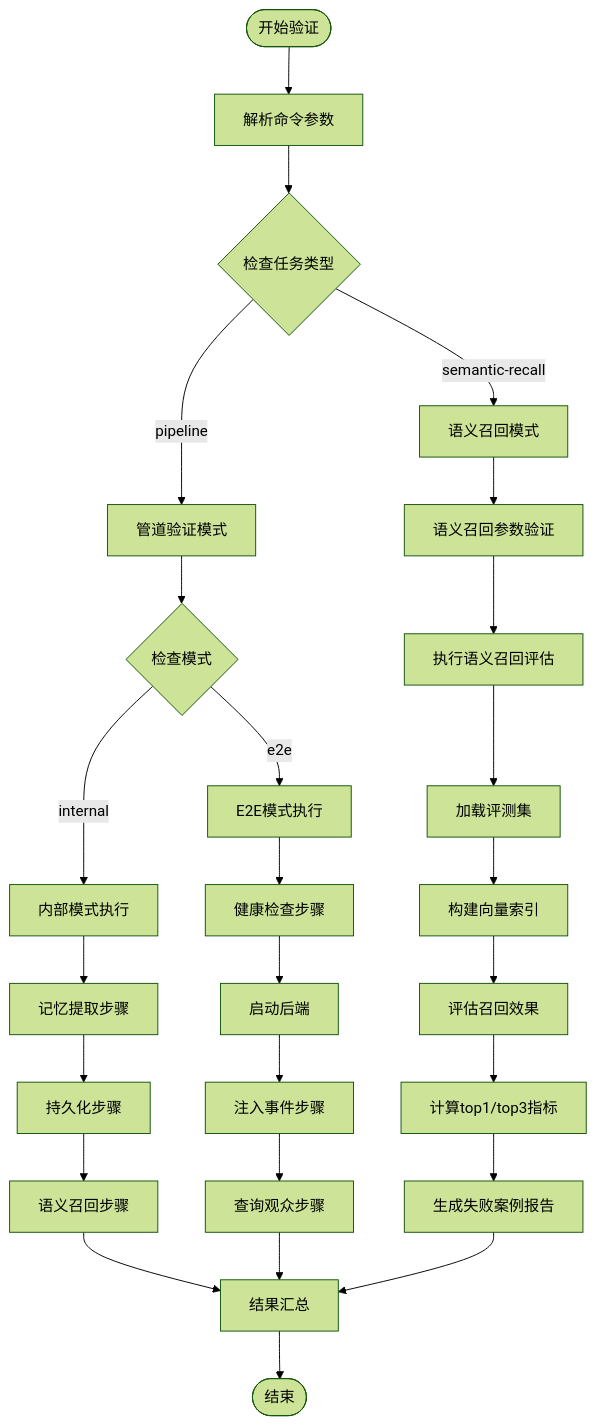
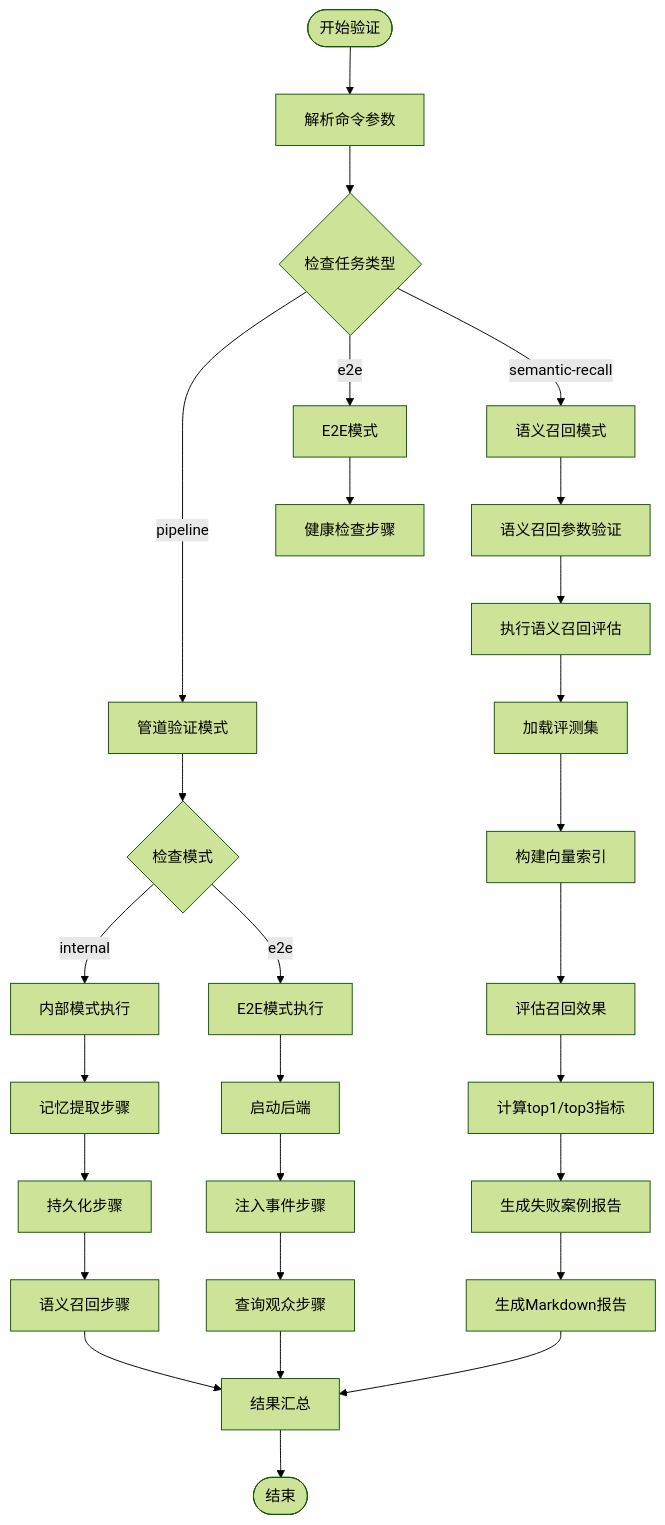
Before and after one commit to Moon-Force/DouYin_llm: the third of 10 diagrams in .qoder/repowiki/zh/content/后端服务/内存管理系统/内存管道验证器/内存管道验证器.md, drawn with Mermaid (forest theme). The commit also changed other lines of this file and 35 other files, not shown here.

````diff
--- a/.qoder/repowiki/zh/content/后端服务/内存管理系统/内存管道验证器/内存管道验证器.md
+++ b/.qoder/repowiki/zh/content/后端服务/内存管理系统/内存管道验证器/内存管道验证器.md
@@ -203,28 +211,30 @@
 ```mermaid
 flowchart TD
 Start([开始验证]) --> ParseArgs[解析命令参数]
 ParseArgs --> NormalizeTask{检查任务类型}
 NormalizeTask --> |pipeline| PipelineMode[管道验证模式]
 NormalizeTask --> |semantic-recall| SemanticMode[语义召回模式]
+NormalizeTask --> |e2e| E2EMode[E2E模式]
 PipelineMode --> InternalMode{检查模式}
 SemanticMode --> SemanticValidation[语义召回参数验证]
+E2EMode --> HealthCheck[健康检查步骤]
 SemanticValidation --> SemanticExec[执行语义召回评估]
 InternalMode --> |internal| InternalExec[内部模式执行]
 InternalMode --> |e2e| E2EExec[E2E模式执行]
 InternalExec --> ExtractStep[记忆提取步骤]
-E2EExec --> HealthCheck[健康检查步骤]
+E2EExec --> BootBackend[启动后端]
 ExtractStep --> PersistStep[持久化步骤]
-HealthCheck --> BootBackend[启动后端]
+BootBackend --> InjectEvent[注入事件步骤]
 PersistStep --> RecallStep[语义召回步骤]
-BootBackend --> InjectEvent[注入事件步骤]
+InjectEvent --> QueryViewer[查询观众步骤]
 RecallStep --> Summary[结果汇总]
-InjectEvent --> QueryViewer[查询观众步骤]
 QueryViewer --> Summary
 SemanticExec --> DatasetLoad[加载评测集]
 DatasetLoad --> IndexMemories[构建向量索引]
 IndexMemories --> EvaluateRecall[评估召回效果]
 EvaluateRecall --> MetricsCalc[计算top1/top3指标]
 MetricsCalc --> FailureReport[生成失败案例报告]
-FailureReport --> Summary
+FailureReport --> ReportGen[生成Markdown报告]
+ReportGen --> Summary
 Summary --> End([结束])
 ```
````
